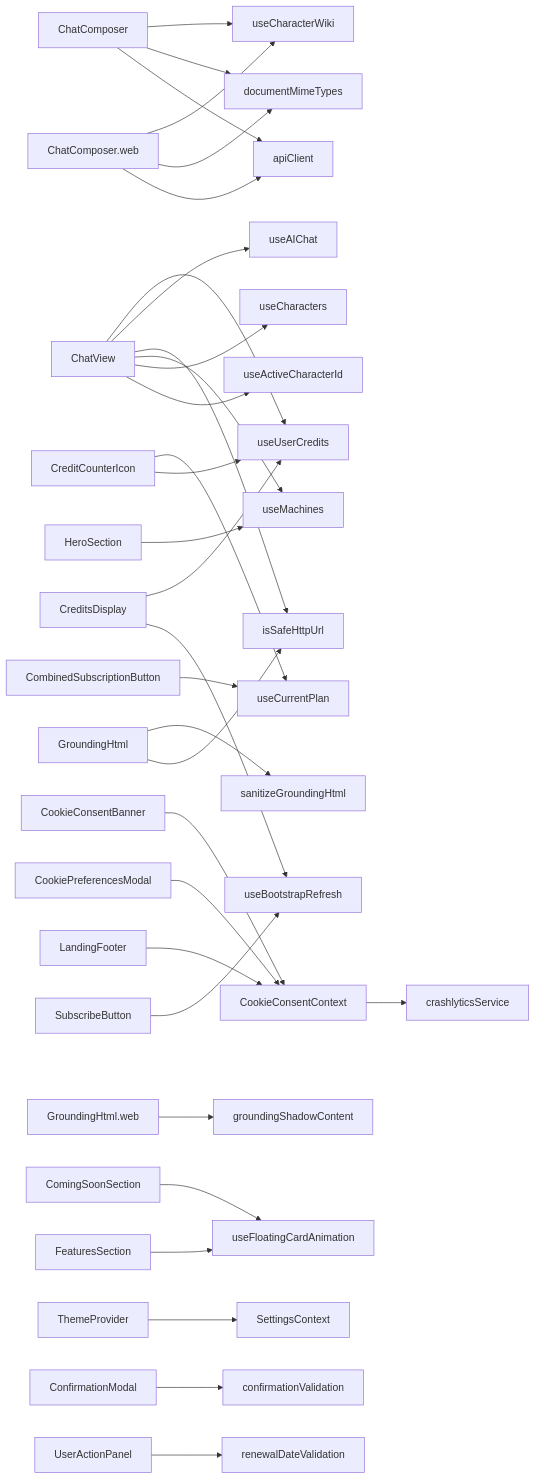
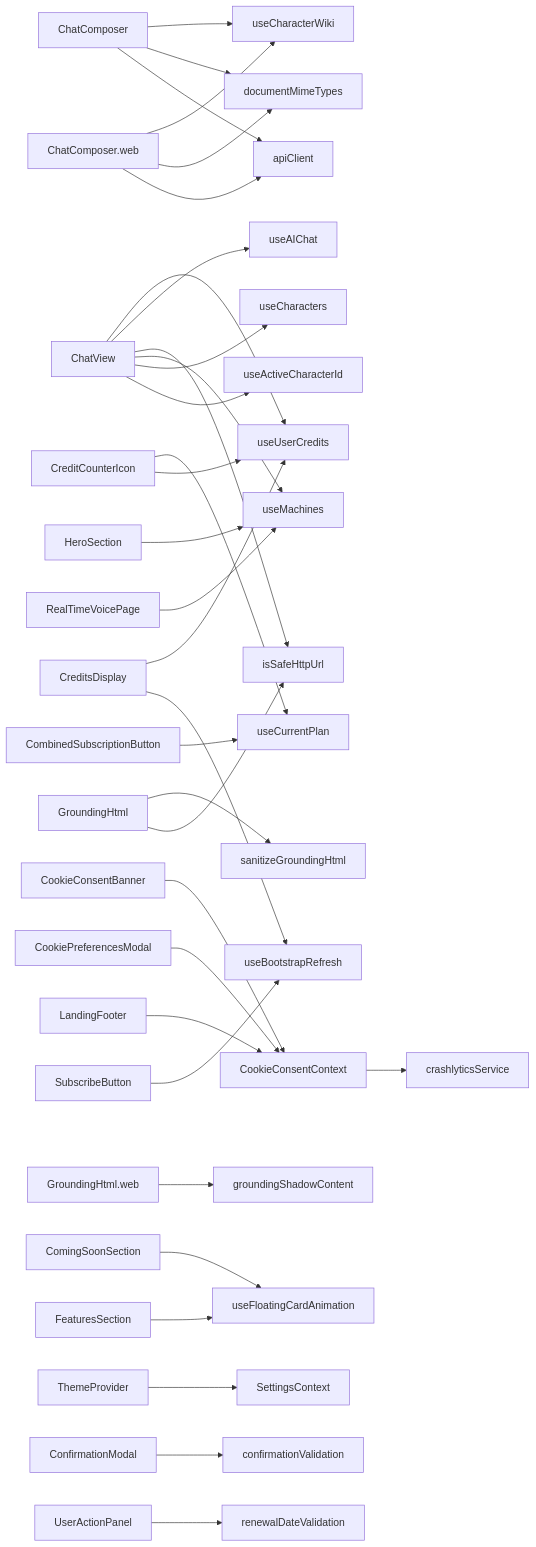
Before and after one commit to equationalapplications/clanker: the diagram in docs/flowcharts/COMPONENTS.md, drawn with Mermaid.

Commit message:
docs(charts): regenerate COMPONENTS flowchart for RealTimeVoicePage

````diff
--- a/docs/flowcharts/COMPONENTS.md
+++ b/docs/flowcharts/COMPONENTS.md
@@ -4,34 +4,35 @@
 ```mermaid
 graph LR
   ChatComposer --> useCharacterWiki
   ChatComposer --> documentMimeTypes
   ChatComposer --> apiClient
   ChatComposer.web --> useCharacterWiki
   ChatComposer.web --> documentMimeTypes
   ChatComposer.web --> apiClient
   ChatView --> useUserCredits
   ChatView --> useAIChat
   ChatView --> isSafeHttpUrl
   ChatView --> useMachines
   ChatView --> useCharacters
   ChatView --> useActiveCharacterId
   CombinedSubscriptionButton --> useCurrentPlan
   CookieConsentBanner --> CookieConsentContext
   CookieConsentContext --> crashlyticsService
   CookiePreferencesModal --> CookieConsentContext
   CreditCounterIcon --> useCurrentPlan
   CreditCounterIcon --> useUserCredits
   CreditsDisplay --> useUserCredits
   CreditsDisplay --> useBootstrapRefresh
   GroundingHtml --> sanitizeGroundingHtml
   GroundingHtml --> isSafeHttpUrl
   GroundingHtml.web --> groundingShadowContent
   ComingSoonSection --> useFloatingCardAnimation
   FeaturesSection --> useFloatingCardAnimation
   HeroSection --> useMachines
   LandingFooter --> CookieConsentContext
+  RealTimeVoicePage --> useMachines
   SubscribeButton --> useBootstrapRefresh
   ThemeProvider --> SettingsContext
   ConfirmationModal --> confirmationValidation
   UserActionPanel --> renewalDateValidation
 ```
````
